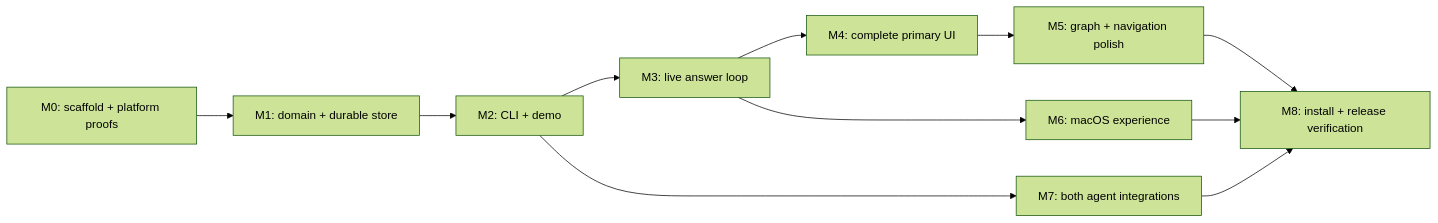
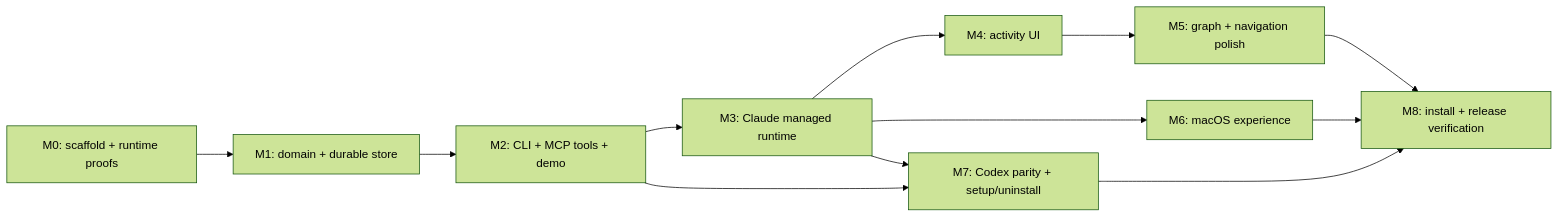
Before and after one commit to kartiksayani/ariadne: the diagram in docs/planning/ROADMAP.md, drawn with Mermaid (forest theme). The commit also changed other lines of this file and 10 other files, not shown here.

Commit message:
docs: plan Claude-first managed sessions and Codex runtime parity

````diff
--- a/docs/planning/ROADMAP.md
+++ b/docs/planning/ROADMAP.md
@@ -7,13 +7,14 @@
 ```mermaid
 flowchart LR
-    M0[M0: scaffold + platform proofs] --> M1[M1: domain + durable store]
-    M1 --> M2[M2: CLI + demo]
-    M2 --> M3[M3: live answer loop]
-    M3 --> M4[M4: complete primary UI]
+    M0[M0: scaffold + runtime proofs] --> M1[M1: domain + durable store]
+    M1 --> M2[M2: CLI + MCP tools + demo]
+    M2 --> M3[M3: Claude managed runtime]
+    M3 --> M4[M4: activity UI]
     M4 --> M5[M5: graph + navigation polish]
     M3 --> M6[M6: macOS experience]
-    M2 --> M7[M7: both agent integrations]
+    M2 --> M7[M7: Codex parity + setup/uninstall]
+    M3 --> M7
     M5 --> M8[M8: install + release verification]
     M6 --> M8
     M7 --> M8
 ```
````
